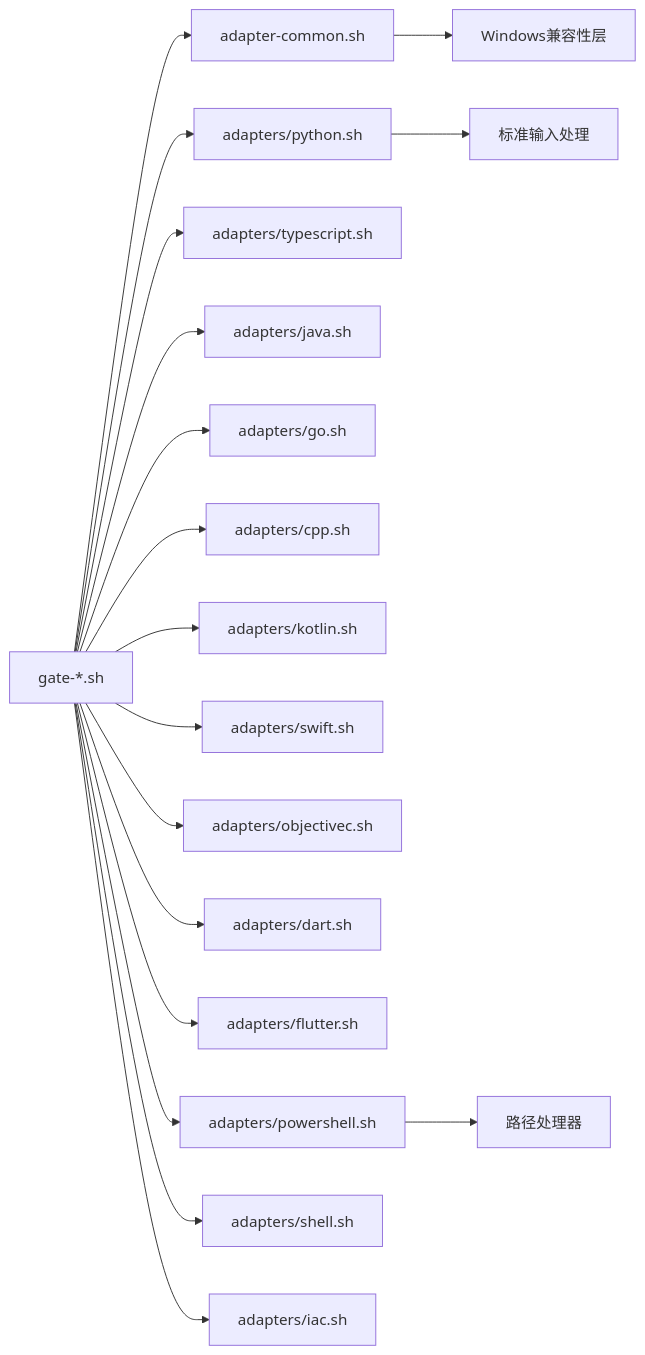
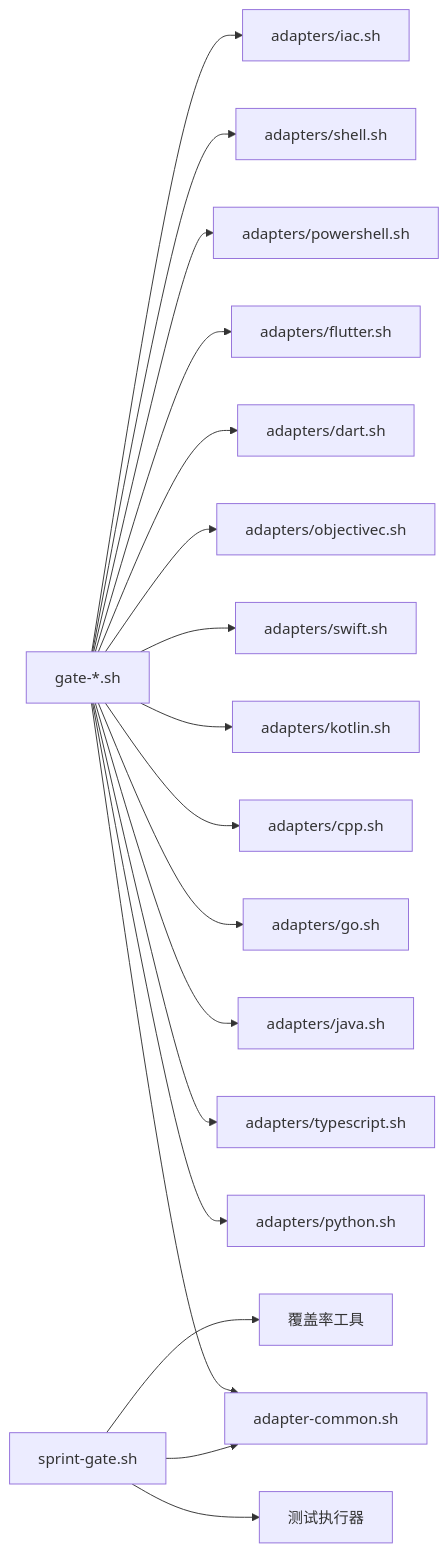
One commit to boyingliu01/fault-review-analyzer changed the sixth of 6 diagrams in .qoder/repowiki/zh/content/开发指南/Git Hooks系统.md. Above: the diagram before and after it, drawn with Mermaid. The commit also changed other lines of this file and 125 other files, not shown here.

````diff
--- a/.qoder/repowiki/zh/content/开发指南/Git Hooks系统.md
+++ b/.qoder/repowiki/zh/content/开发指南/Git Hooks系统.md
@@ -424,20 +485,20 @@
 ```mermaid
 graph LR
 Gate["gate-*.sh"] --> Common["adapter-common.sh"]
 Gate --> Py["adapters/python.sh"]
 Gate --> TS["adapters/typescript.sh"]
 Gate --> Java["adapters/java.sh"]
 Gate --> Go["adapters/go.sh"]
 Gate --> Cpp["adapters/cpp.sh"]
 Gate --> Kt["adapters/kotlin.sh"]
 Gate --> Swift["adapters/swift.sh"]
 Gate --> ObjC["adapters/objectivec.sh"]
 Gate --> Dart["adapters/dart.sh"]
 Gate --> Flutter["adapters/flutter.sh"]
 Gate --> PS["adapters/powershell.sh"]
 Gate --> Sh["adapters/shell.sh"]
 Gate --> IaC["adapters/iac.sh"]
-Common --> WinCompat["Windows兼容性层"]
-Py --> StdIn["标准输入处理"]
-PS --> PathProc["路径处理器"]
+Sprint["sprint-gate.sh"] --> Common
+Sprint --> TestExec["测试执行器"]
+Sprint --> Coverage["覆盖率工具"]
 ```
````
